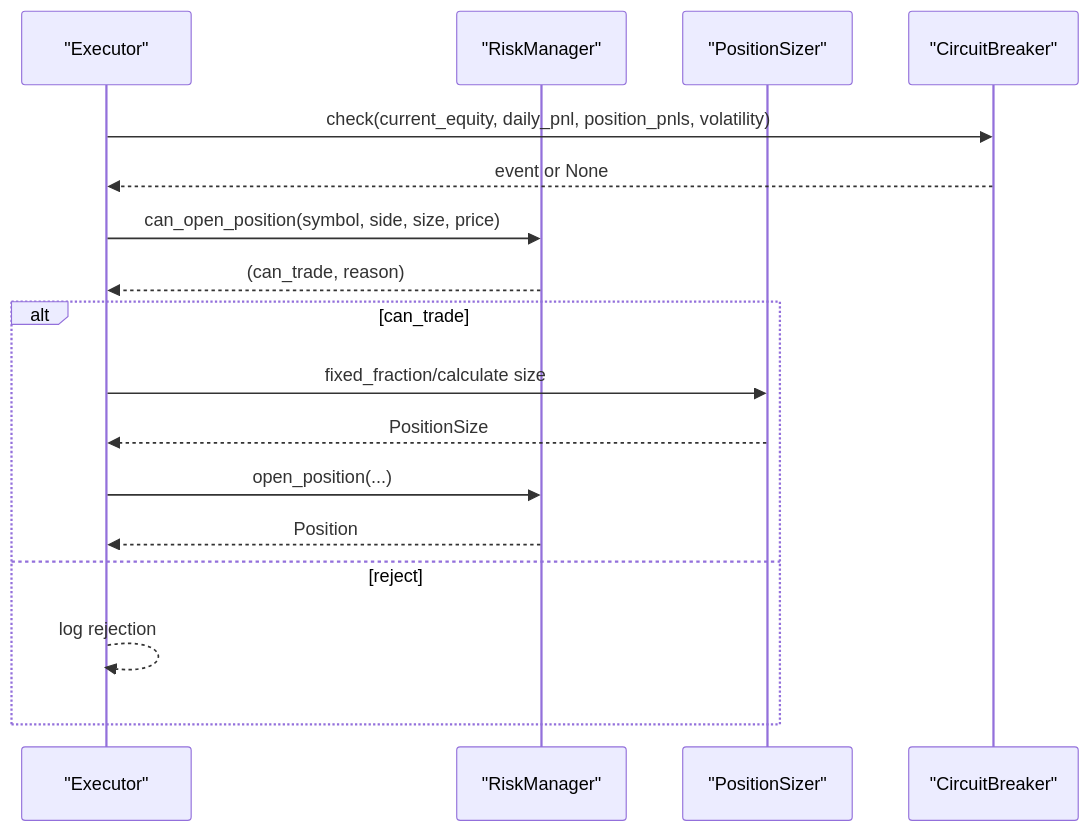
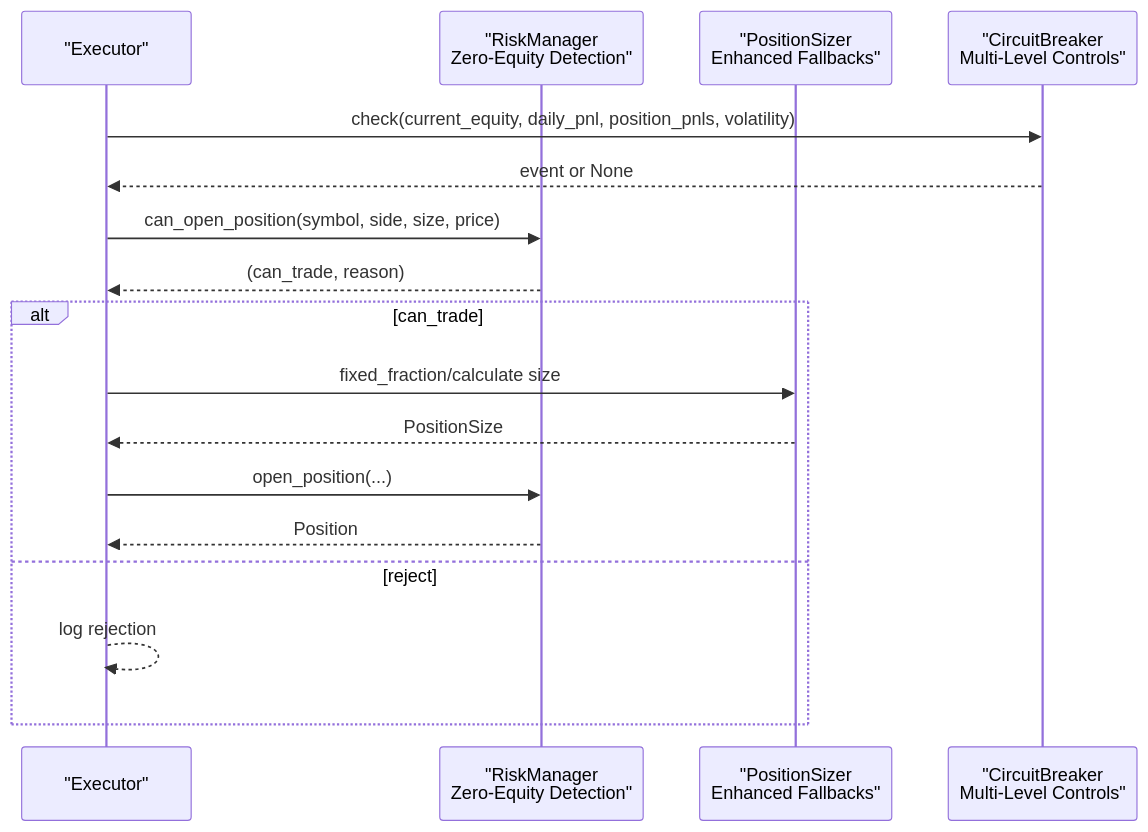
The second of 5 diagrams in .qoder/repowiki/en/content/Configuration Management/Risk Management Configuration.md (cavraeg-eng/Trading-App), drawn with Mermaid before and after one commit. The commit also changed other lines of this file and 138 other files, not shown here.

First line of the commit message:
feat(LiveTrading): add MT5-style chart overlay for entry/SL/TP levels

````diff
--- a/.qoder/repowiki/en/content/Configuration Management/Risk Management Configuration.md
+++ b/.qoder/repowiki/en/content/Configuration Management/Risk Management Configuration.md
@@ -94,19 +106,19 @@
 ```mermaid
 sequenceDiagram
 participant Exec as "Executor"
-participant RM as "RiskManager"
-participant PS as "PositionSizer"
-participant CB as "CircuitBreaker"
+participant RM as "RiskManager<br/>Zero-Equity Detection"
+participant PS as "PositionSizer<br/>Enhanced Fallbacks"
+participant CB as "CircuitBreaker<br/>Multi-Level Controls"
 Exec->>CB : check(current_equity, daily_pnl, position_pnls, volatility)
 CB-->>Exec : event or None
 Exec->>RM : can_open_position(symbol, side, size, price)
 RM-->>Exec : (can_trade, reason)
 alt can_trade
 Exec->>PS : fixed_fraction/calculate size
 PS-->>Exec : PositionSize
 Exec->>RM : open_position(...)
 RM-->>Exec : Position
 else reject
 Exec-->>Exec : log rejection
 end
 ```
````
